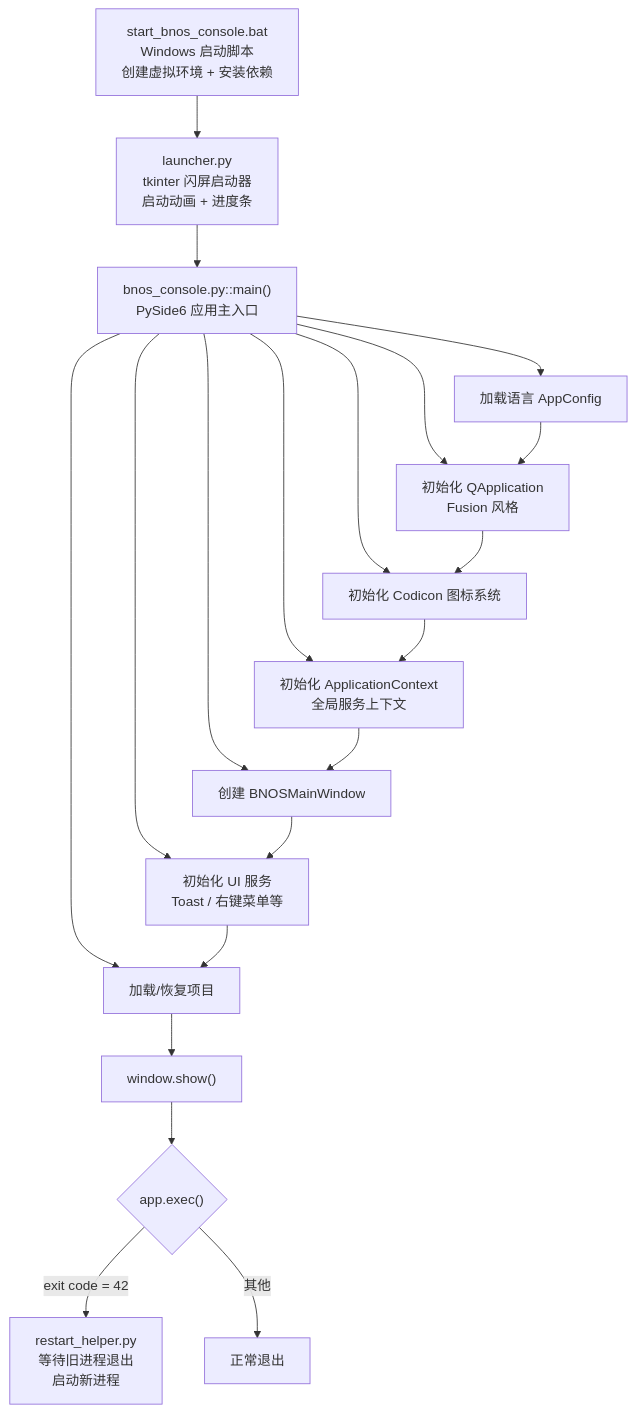
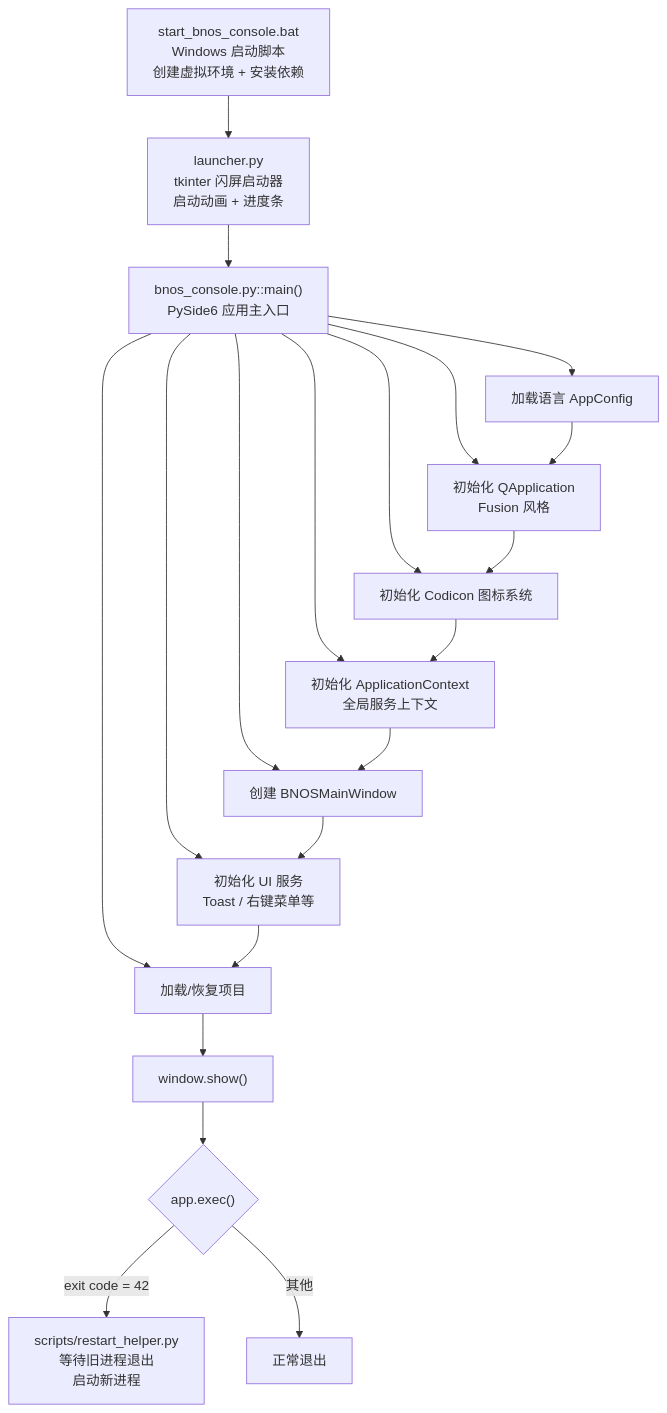
Before and after one commit to LiuStar656/BNOS---Bionic-Neural-Network-Visual-Orchestration-Platform: the first of 16 diagrams in docs/BNOS_架构图.md, drawn with Mermaid. The commit also changed other lines of this file and 21 other files, not shown here.

````diff
--- a/docs/BNOS_架构图.md
+++ b/docs/BNOS_架构图.md
@@ -10,17 +10,17 @@
 ```mermaid
 flowchart TD
     A["start_bnos_console.bat<br/>Windows 启动脚本<br/>创建虚拟环境 + 安装依赖"] --> B["launcher.py<br/>tkinter 闪屏启动器<br/>启动动画 + 进度条"]
     B --> C["bnos_console.py::main()<br/>PySide6 应用主入口"]
     C --> C1["加载语言 AppConfig"]
     C --> C2["初始化 QApplication<br/>Fusion 风格"]
     C --> C3["初始化 Codicon 图标系统"]
     C --> C4["初始化 ApplicationContext<br/>全局服务上下文"]
     C --> C5["创建 BNOSMainWindow"]
     C --> C6["初始化 UI 服务<br/>Toast / 右键菜单等"]
     C --> C7["加载/恢复项目"]
     C1 --> C2 --> C3 --> C4 --> C5 --> C6 --> C7
     C7 --> D["window.show()"]
     D --> E{"app.exec()"}
-    E -->|exit code = 42| F["restart_helper.py<br/>等待旧进程退出<br/>启动新进程"]
+    E -->|exit code = 42| F["scripts/restart_helper.py<br/>等待旧进程退出<br/>启动新进程"]
     E -->|其他| G["正常退出"]
 ```
````
